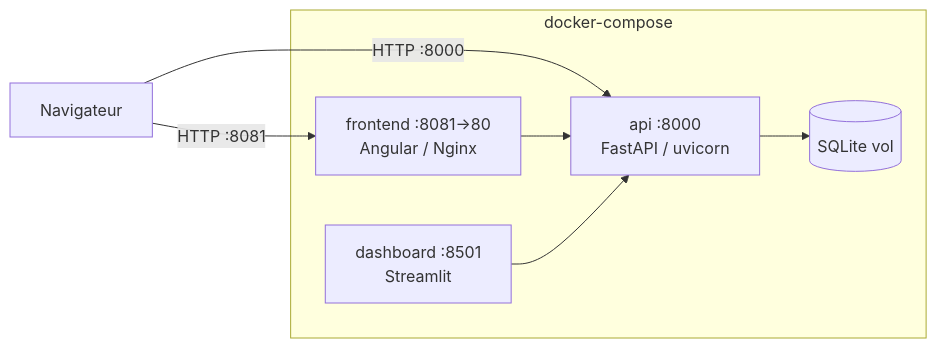
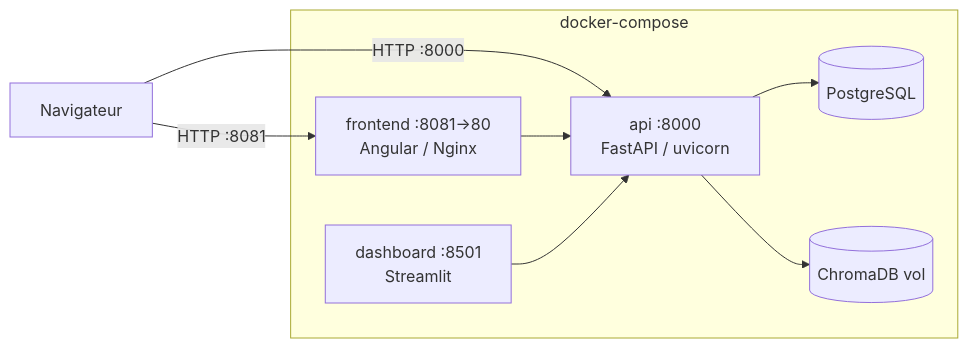
One commit to Touka-Amine/helpdesk-ai changed the diagram in helpdesk-ai/DEPLOYMENT.md. Above: the diagram before and after it, drawn with Mermaid. The commit also changed other lines of this file and 16 other files, not shown here.

First line of the commit message:
feat(backend): migrer SQLite->PostgreSQL et TinyDB->ChromaDB

````diff
--- a/helpdesk-ai/DEPLOYMENT.md
+++ b/helpdesk-ai/DEPLOYMENT.md
@@ -10,15 +10,17 @@
 ```mermaid
 flowchart LR
   subgraph docker-compose
     front["frontend :8081→80\nAngular / Nginx"]
     api["api :8000\nFastAPI / uvicorn"]
     dash["dashboard :8501\nStreamlit"]
-    vol[(SQLite vol)]
+    pg[(PostgreSQL)]
+    chroma[(ChromaDB vol)]
   end
 
   Navigateur -->|HTTP :8081| front
   Navigateur -->|HTTP :8000| api
   front --> api
   dash --> api
-  api --> vol
+  api --> pg
+  api --> chroma
 ```
````
